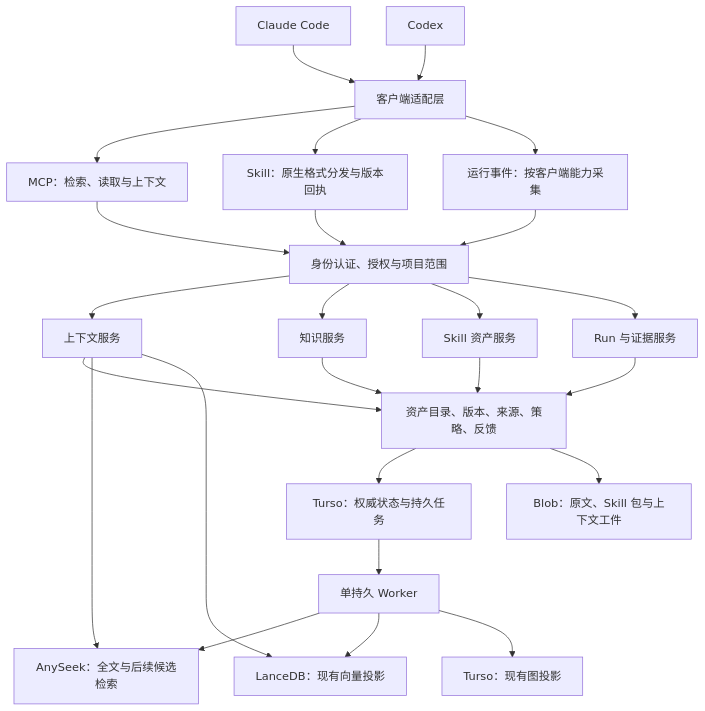
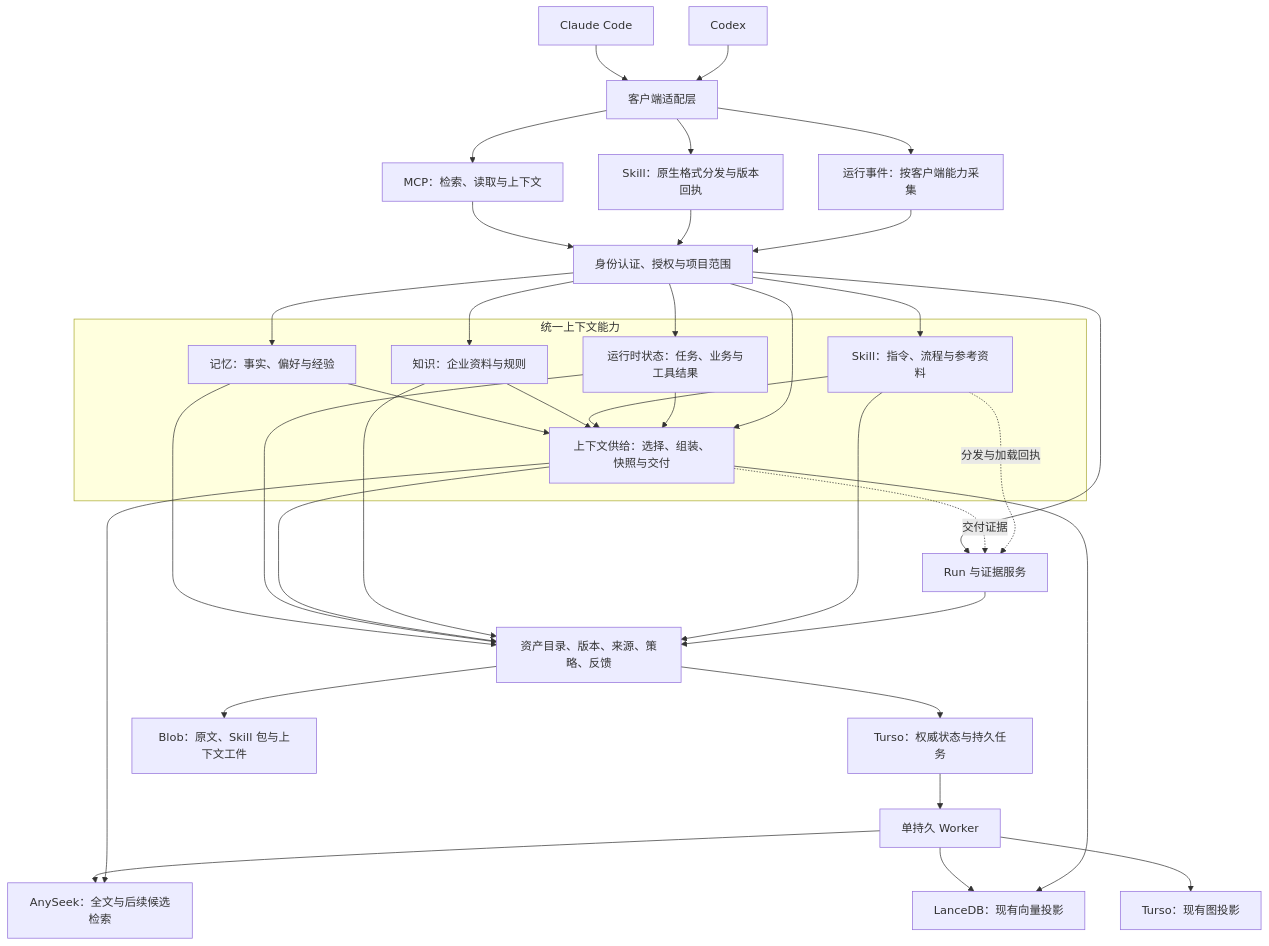
One commit to TheLudlows/Origence changed the diagram in docs/superpowers/specs/2026-11-16-agent-data-foundation-architecture.md. Above: the diagram before and after it, drawn with Mermaid. The commit also changed other lines of this file and 7 other files, not shown here.

Commit message:
docs: include memory knowledge and Skills within unified context architecture

````diff
--- a/docs/superpowers/specs/2026-11-16-agent-data-foundation-architecture.md
+++ b/docs/superpowers/specs/2026-11-16-agent-data-foundation-architecture.md
@@ -46,27 +52,44 @@
 ```mermaid
 flowchart TB
     CC[Claude Code] --> CA[客户端适配层]
     CX[Codex] --> CA
     CA --> MCP[MCP：检索、读取与上下文]
     CA --> SD[Skill：原生格式分发与版本回执]
     CA --> EV[运行事件：按客户端能力采集]
     MCP --> AUTH[身份认证、授权与项目范围]
     SD --> AUTH
     EV --> AUTH
-    AUTH --> CTX[上下文服务]
-    AUTH --> KNOW[知识服务]
-    AUTH --> SKILL[Skill 资产服务]
+    subgraph CONTEXT[统一上下文能力]
+        MEM[记忆：事实、偏好与经验]
+        KNOW[知识：企业资料与规则]
+        SKILL[Skill：指令、流程与参考资料]
+        STATE[运行时状态：任务、业务与工具结果]
+        CTX[上下文供给：选择、组装、快照与交付]
+        MEM --> CTX
+        KNOW --> CTX
+        SKILL --> CTX
+        STATE --> CTX
+    end
+    AUTH --> MEM
+    AUTH --> KNOW
+    AUTH --> SKILL
+    AUTH --> STATE
+    AUTH --> CTX
     AUTH --> RUN[Run 与证据服务]
-    CTX --> CORE[资产目录、版本、来源、策略、反馈]
+    CTX -. 交付证据 .-> RUN
+    SKILL -. 分发与加载回执 .-> RUN
+    MEM --> CORE[资产目录、版本、来源、策略、反馈]
+    STATE --> CORE
+    CTX --> CORE
     KNOW --> CORE
     SKILL --> CORE
     RUN --> CORE
     CORE --> DB[Turso：权威状态与持久任务]
     CORE --> BLOB[Blob：原文、Skill 包与上下文工件]
     DB --> WORK[单持久 Worker]
     WORK --> AS[AnySeek：全文与后续候选检索]
     WORK --> LV[LanceDB：现有向量投影]
     WORK --> GP[Turso：现有图投影]
     CTX --> AS
     CTX --> LV
 ```
````
